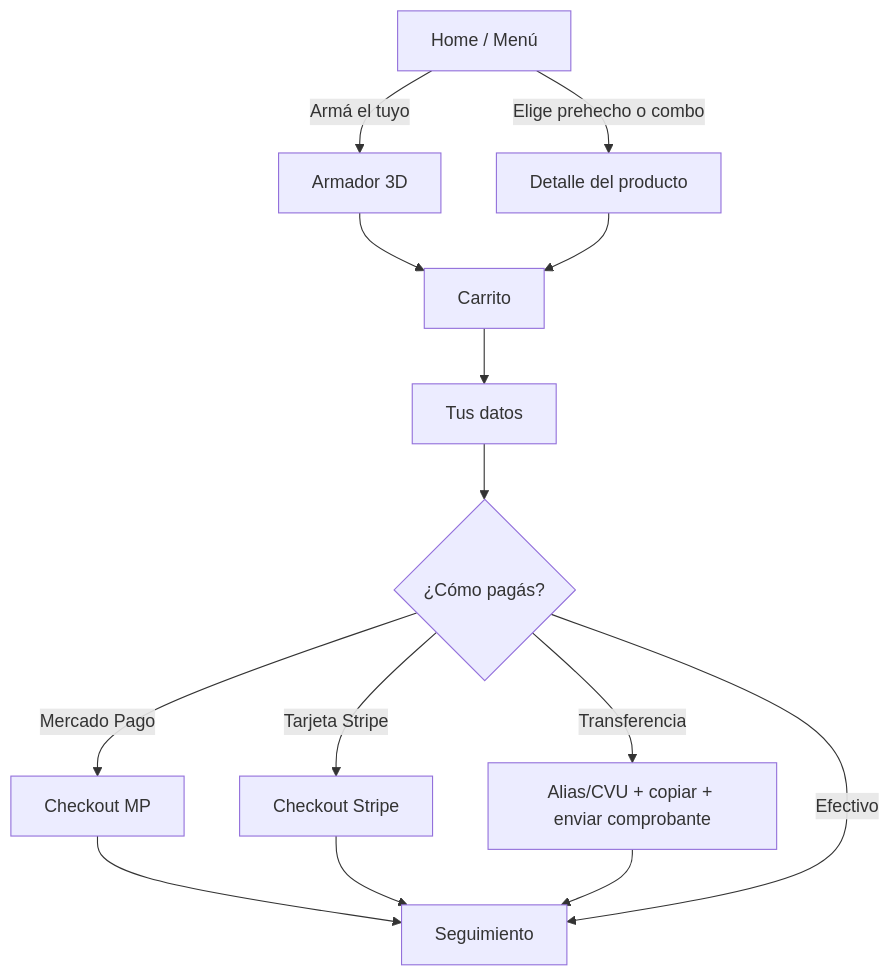
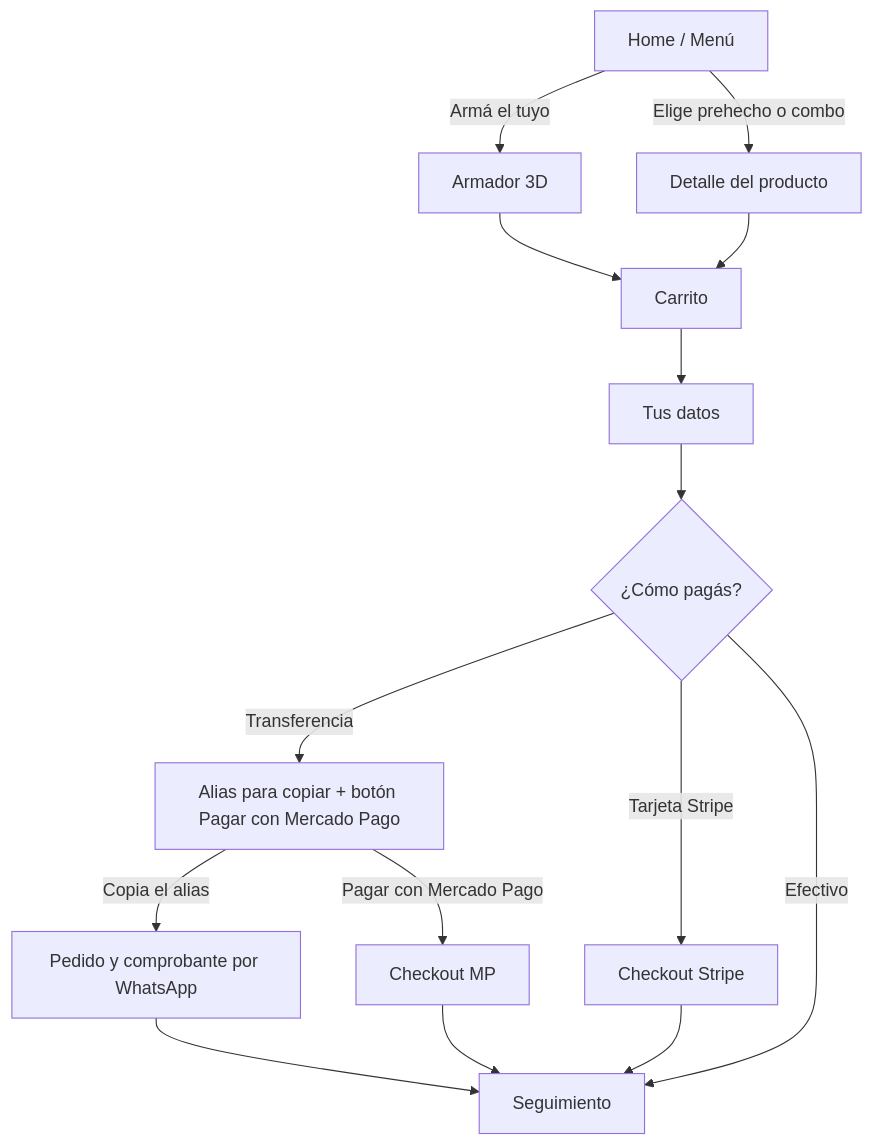
Before and after one commit to degszz/burrimax: the diagram in docs/03 Flujo del cliente.md, drawn with Mermaid. The commit also changed other lines of this file and 11 other files, not shown here.

First line of the commit message:
feat(web): Mercado Pago dentro de Transferencia con alias para copiar

````diff
--- a/docs/03 Flujo del cliente.md
+++ b/docs/03 Flujo del cliente.md
@@ -6,13 +6,14 @@
 ```mermaid
 flowchart TD
   A[Home / Menú] -->|Armá el tuyo| B[Armador 3D]
   A -->|Elige prehecho o combo| C[Detalle del producto]
   B --> D[Carrito]
   C --> D
   D --> E[Tus datos]
   E --> F{¿Cómo pagás?}
-  F -->|Mercado Pago| G[Checkout MP] --> H[Seguimiento]
+  F -->|Transferencia| J[Alias para copiar + botón Pagar con Mercado Pago]
+  J -->|Copia el alias| K[Pedido y comprobante por WhatsApp] --> H[Seguimiento]
+  J -->|Pagar con Mercado Pago| G[Checkout MP] --> H
   F -->|Tarjeta Stripe| I[Checkout Stripe] --> H
-  F -->|Transferencia| J[Alias/CVU + copiar + enviar comprobante] --> H
   F -->|Efectivo| H
 ```
````
